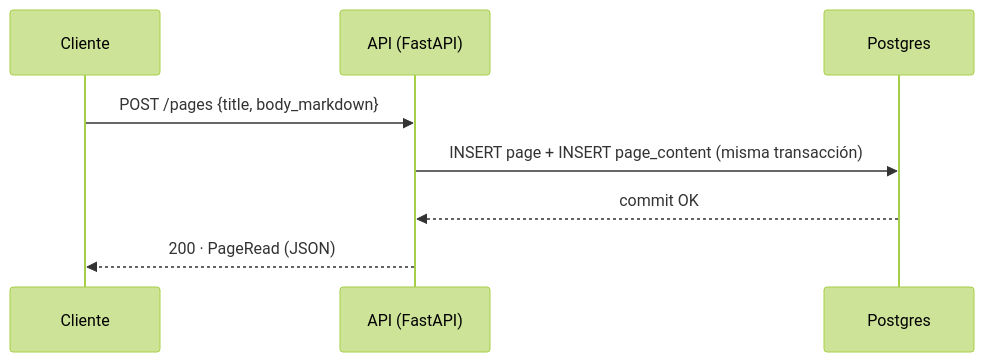
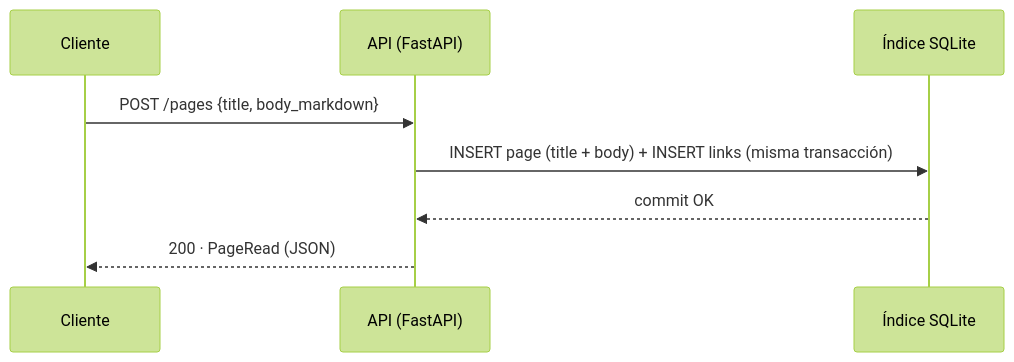
Before and after one commit to joaquinrodfer/MyDamnManagement: the fourth of 9 diagrams in docs/ARCHITECTURE.md, drawn with Mermaid (forest theme). The commit also changed other lines of this file and 2 other files, not shown here.

First line of the commit message:
docs: ADR del índice SQLite y arranque sin Postgres

````diff
--- a/docs/ARCHITECTURE.md
+++ b/docs/ARCHITECTURE.md
@@ -99,11 +109,11 @@
 ```mermaid
 sequenceDiagram
     participant C as Cliente
     participant A as API (FastAPI)
-    participant P as Postgres
+    participant P as Índice SQLite
 
     C->>A: POST /pages {title, body_markdown}
-    A->>P: INSERT page + INSERT page_content (misma transacción)
+    A->>P: INSERT page (title + body) + INSERT links (misma transacción)
     P-->>A: commit OK
     A-->>C: 200 · PageRead (JSON)
 ```
````
